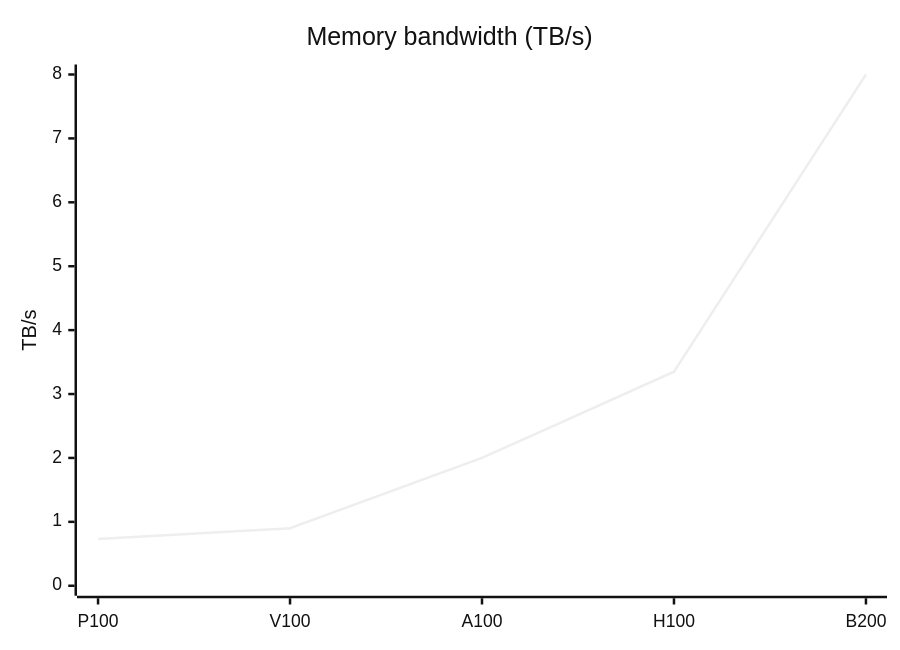
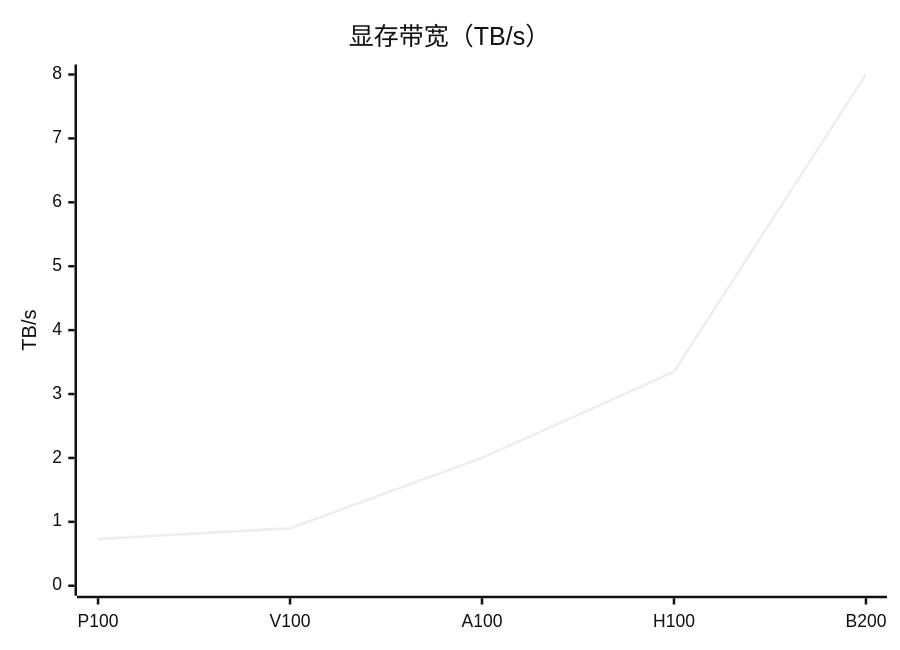
The third of 13 diagrams in src/content/posts/nvidia-gpu-architectures.md (lxy-alexander/VoidIndex), drawn with Mermaid (neutral theme) before and after one commit. The commit also changed other lines of this file and 4 other files, not shown here.

````diff
--- a/src/content/posts/nvidia-gpu-architectures.md
+++ b/src/content/posts/nvidia-gpu-architectures.md
@@ -47,7 +47,7 @@
 ```mermaid
 xychart-beta
-  title "Memory bandwidth (TB/s)"
+  title "显存带宽（TB/s）"
   x-axis [P100, V100, A100, H100, B200]
   y-axis "TB/s" 0 --> 8
   line [0.73, 0.9, 2.0, 3.35, 8]
 ```
````
